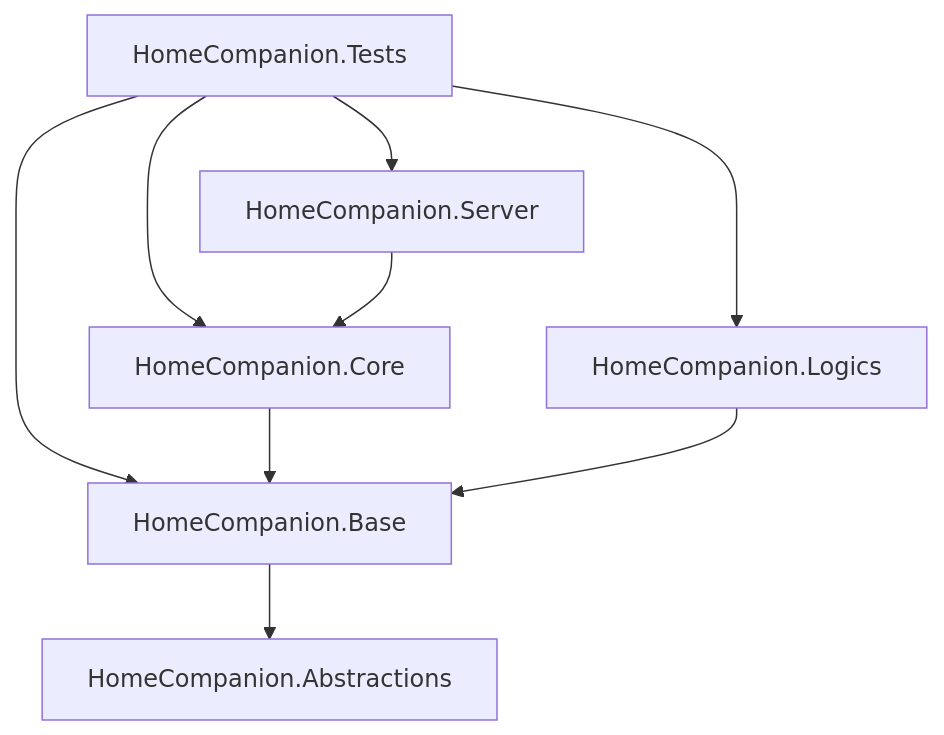
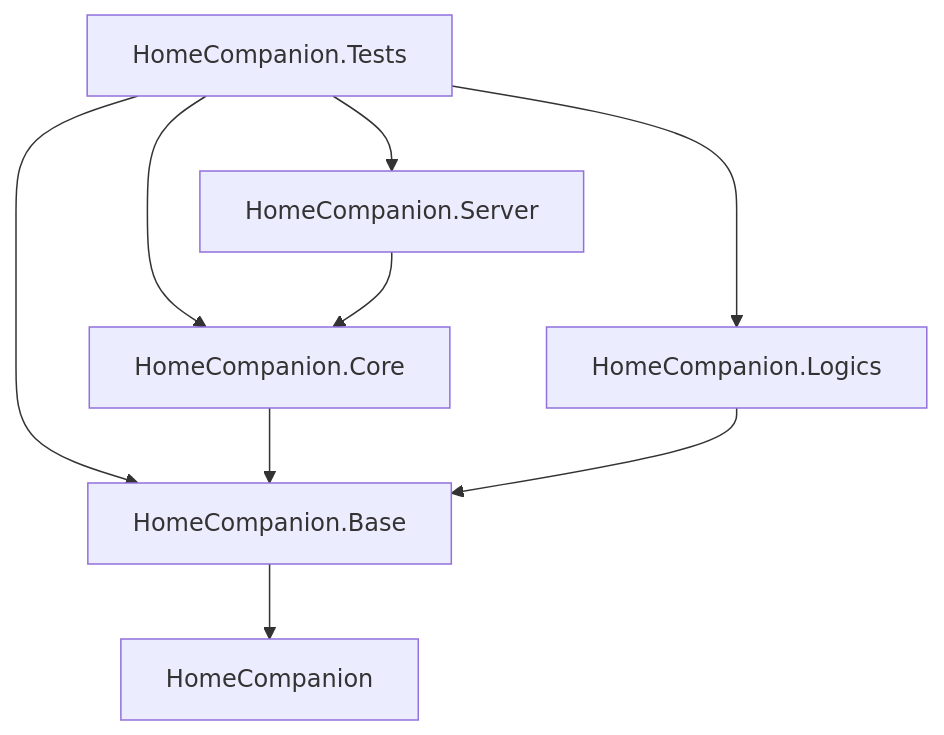
Before and after one commit to sfuchs-eng/HomeCompanion: the diagram in README.md, drawn with Mermaid. The commit also changed 57 other files, not shown here.

````diff
--- a/README.md
+++ b/README.md
@@ -53,17 +53,17 @@
 ```mermaid
 graph TD
     Tests[HomeCompanion.Tests] --> Server
     Tests --> Core
     Tests --> Base
     Tests --> Logics
 
     Server[HomeCompanion.Server] --> Core
 
     Core[HomeCompanion.Core] --> Base
 
     Logics[HomeCompanion.Logics] --> Base
 
     Base[HomeCompanion.Base] --> Abstractions
 
-    Abstractions[HomeCompanion.Abstractions]
+    Abstractions[HomeCompanion]
 ```
````
